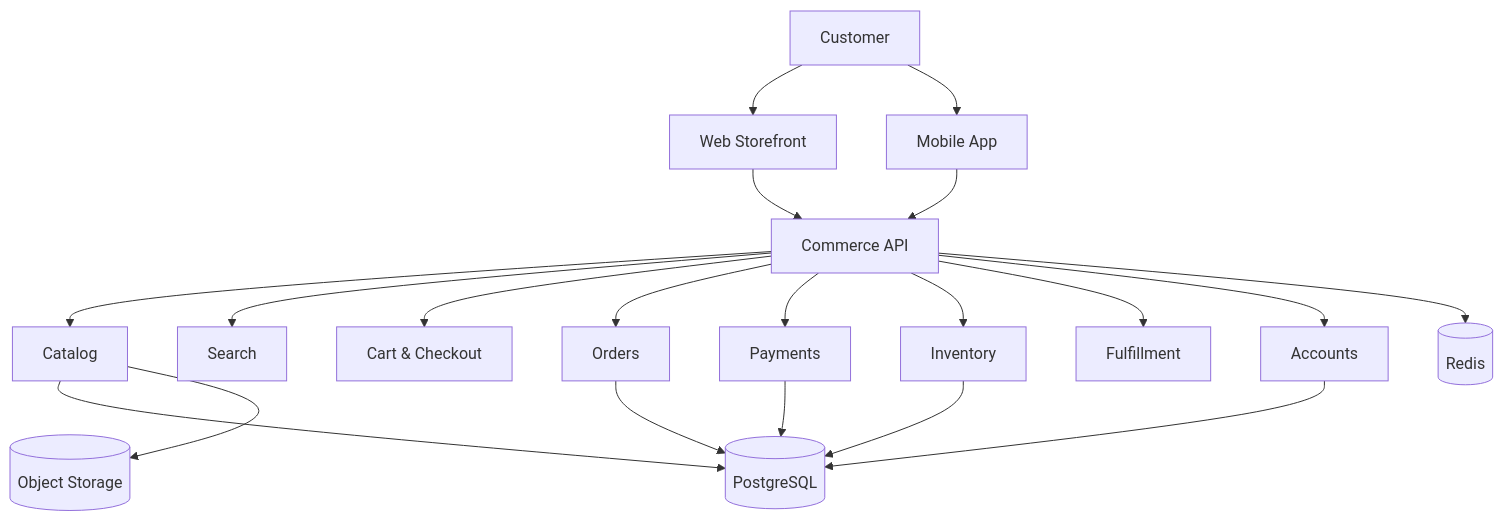
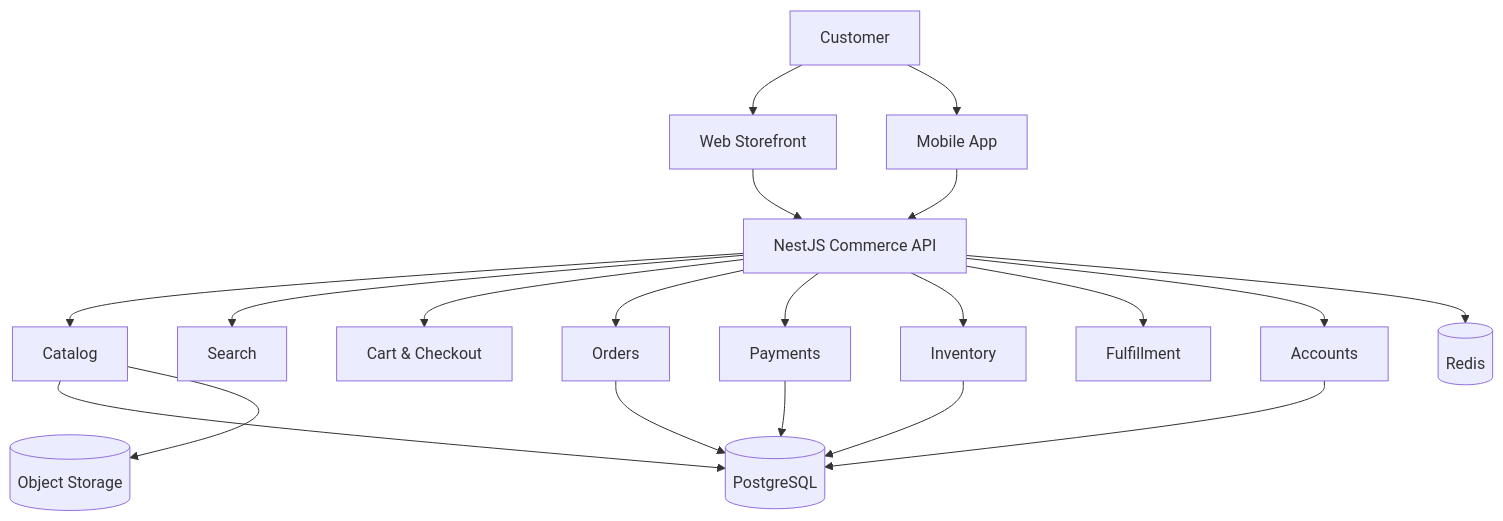
One commit to Izyane-InovSolutions/commerce changed the first of 25 diagrams in README.md. Above: the diagram before and after it, drawn with Mermaid. The commit also changed other lines of this file, not shown here.

Commit message:
docs: switch backend architecture to NestJS modular monolith

````diff
--- a/README.md
+++ b/README.md
@@ -22,24 +80,24 @@
 ```mermaid
 flowchart TD
     C[Customer] --> WEB[Web Storefront]
     C --> MOB[Mobile App]
-    WEB --> API[Commerce API]
+    WEB --> API[NestJS Commerce API]
     MOB --> API
 
     API --> CAT[Catalog]
     API --> SEARCH[Search]
     API --> CART[Cart & Checkout]
     API --> ORD[Orders]
     API --> PAY[Payments]
     API --> INV[Inventory]
     API --> FUL[Fulfillment]
     API --> ACC[Accounts]
 
     CAT --> DB[(PostgreSQL)]
     ORD --> DB
     PAY --> DB
     INV --> DB
     ACC --> DB
     API --> REDIS[(Redis)]
     CAT --> STORE[(Object Storage)]
 ```
````
